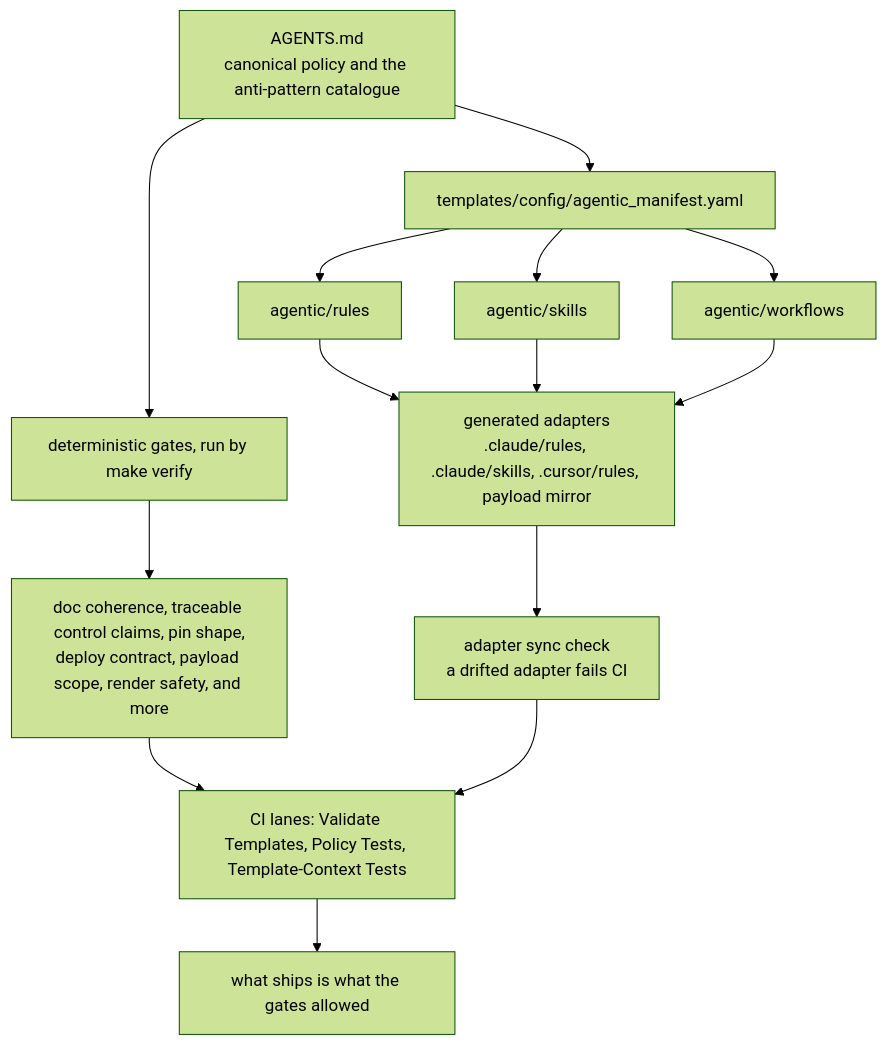
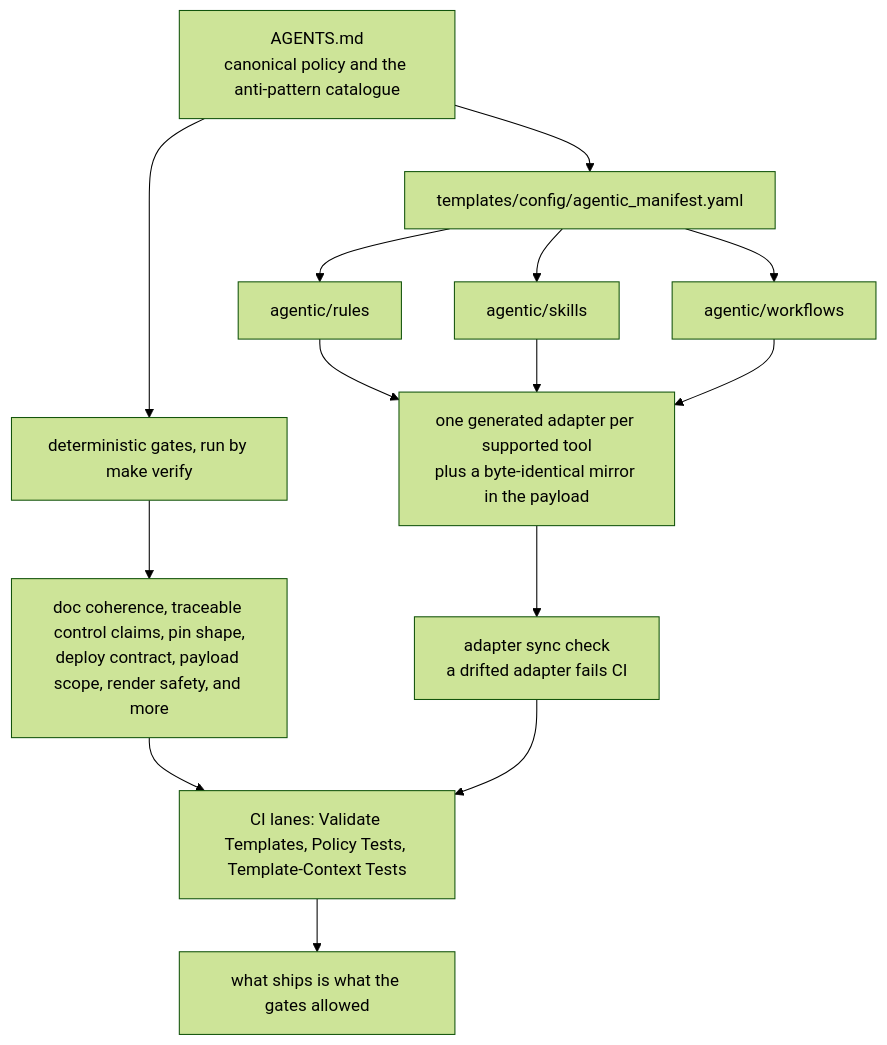
One commit to DuqueOM/ml-service-template changed the fourth of 4 diagrams in docs/DIAGRAMS.md. Above: the diagram before and after it, drawn with Mermaid (forest theme). The commit also changed other lines of this file, not shown here.

First line of the commit message:
docs: diagram 4 draws the adapter mechanism, not an inventory that went stale in a week (#256)

````diff
--- a/docs/DIAGRAMS.md
+++ b/docs/DIAGRAMS.md
@@ -178,16 +178,16 @@
 ```mermaid
 flowchart TD
     A["AGENTS.md<br/>canonical policy and the anti-pattern catalogue"] --> B["templates/config/agentic_manifest.yaml"]
     B --> C["agentic/rules"]
     B --> D["agentic/skills"]
     B --> E["agentic/workflows"]
-    C --> F["generated adapters<br/>.claude/rules, .claude/skills, .cursor/rules, payload mirror"]
+    C --> F["one generated adapter per supported tool<br/>plus a byte-identical mirror in the payload"]
     D --> F
     E --> F
     F --> G["adapter sync check<br/>a drifted adapter fails CI"]
     A --> H["deterministic gates, run by make verify"]
     H --> I["doc coherence, traceable control claims, pin shape,<br/>deploy contract, payload scope, render safety, and more"]
     I --> J["CI lanes: Validate Templates, Policy Tests, Template-Context Tests"]
     G --> J
     J --> K["what ships is what the gates allowed"]
 ```
````
